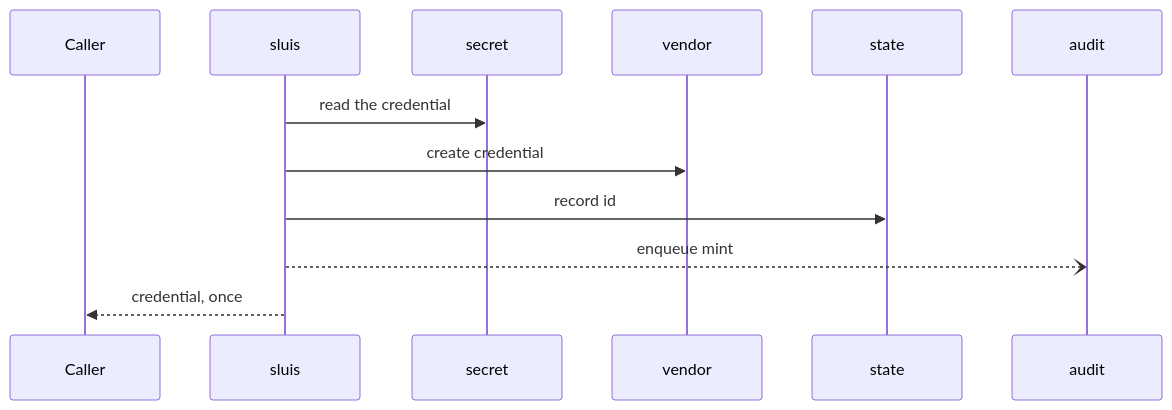
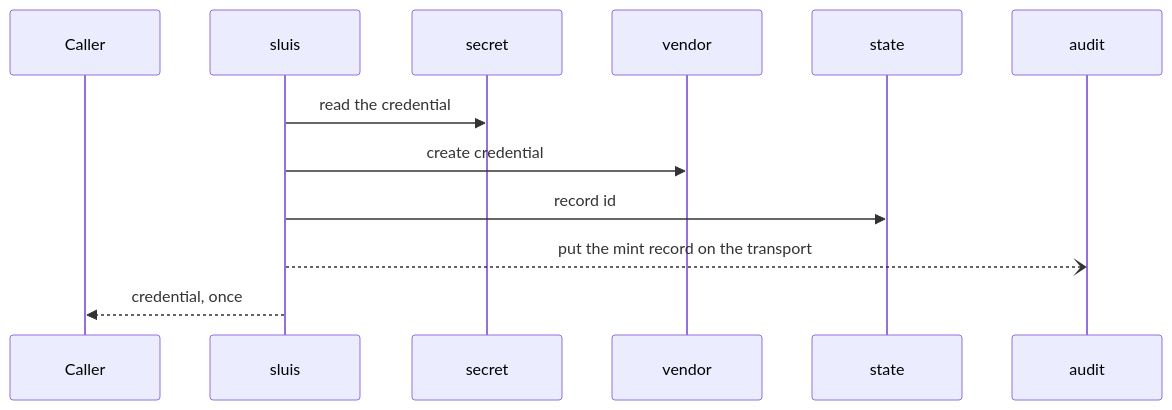
Before and after one commit to truvity/sluis: the fifth of 5 diagrams in docs/architecture/context.md, drawn with Mermaid. The commit also changed other lines of this file and 63 other files, not shown here.

````diff
--- a/docs/architecture/context.md
+++ b/docs/architecture/context.md
@@ -254,14 +254,14 @@
 ```mermaid
 sequenceDiagram
   participant J as Caller
   participant S as sluis
   participant SE as secret
   participant V as vendor
   participant ST as state
   participant A as audit
   S->>SE: read the credential
   S->>V: create credential
   S->>ST: record id
-  S--)A: enqueue mint
+  S--)A: put the mint record on the transport
   S-->>J: credential, once
 ```
````
